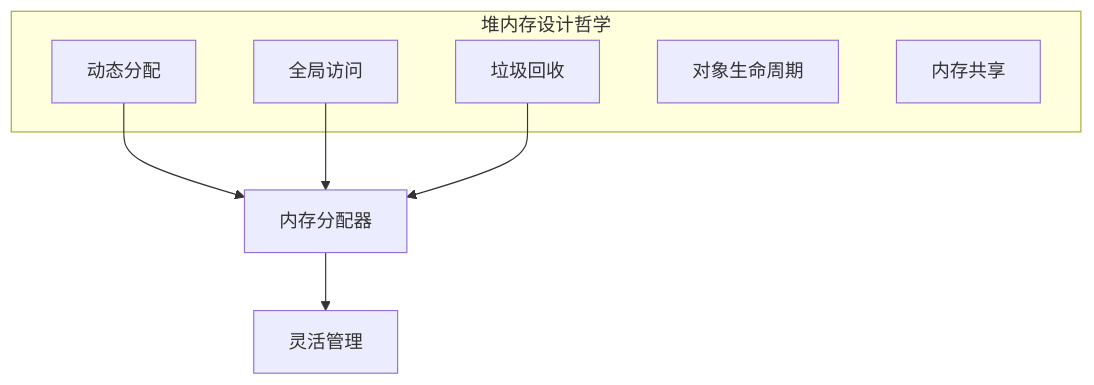
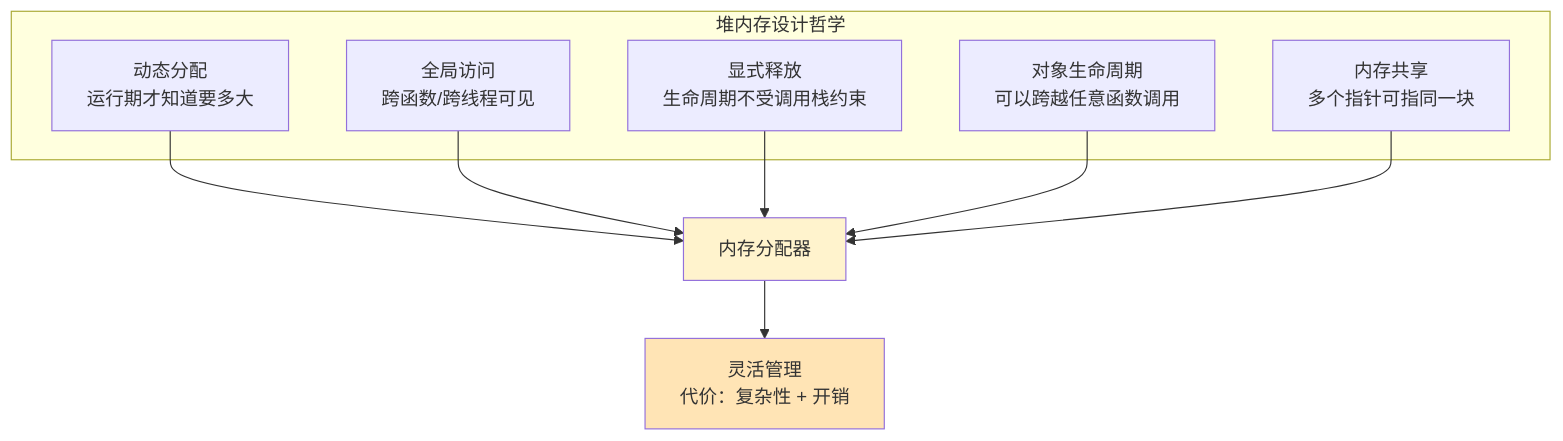
The third of 5 diagrams in 00.通用技术的提升/02.程序编程原理/32.堆和栈内存的设计.md (chongyang211/YCBookBlog), drawn with Mermaid before and after one commit. The commit also changed other lines of this file and 5 other files, not shown here.

````diff
--- a/00.通用技术的提升/02.程序编程原理/32.堆和栈内存的设计.md
+++ b/00.通用技术的提升/02.程序编程原理/32.堆和栈内存的设计.md
@@ -112,16 +308,20 @@
 ```mermaid
 graph TD
     subgraph "堆内存设计哲学"
-        B1[动态分配]
-        B2[全局访问]
-        B3[垃圾回收]
-        B4[对象生命周期]
-        B5[内存共享]
+        B1[动态分配<br/>运行期才知道要多大]
+        B2[全局访问<br/>跨函数/跨线程可见]
+        B3[显式释放<br/>生命周期不受调用栈约束]
+        B4[对象生命周期<br/>可以跨越任意函数调用]
+        B5[内存共享<br/>多个指针可指同一块]
     end
     
     B1 --> D[内存分配器]
     B2 --> D
     B3 --> D
+    B4 --> D
+    B5 --> D
     
-    D --> F[灵活管理]
+    D --> F[灵活管理<br/>代价：复杂性 + 开销]
+    style D fill:#fff3cd
+    style F fill:#ffe4b5
 ```
````
